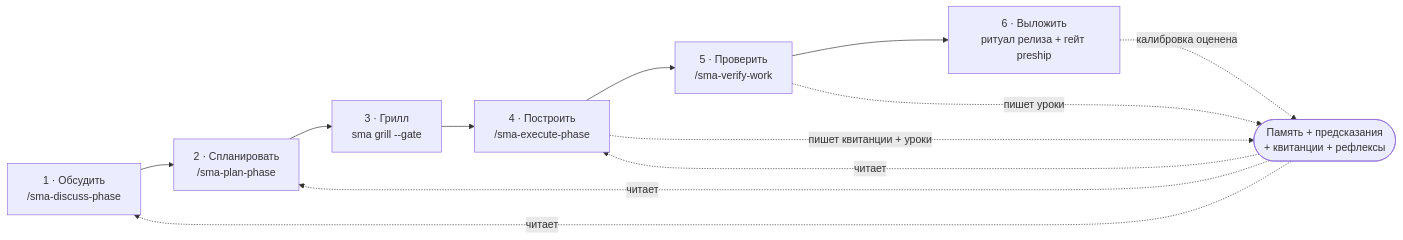
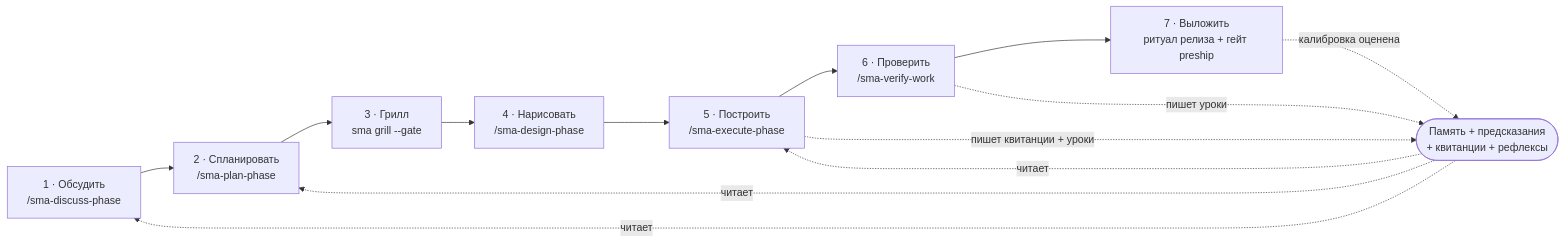
Before and after one commit to sma-framework/sma: diagram 21 of 24 in docs/DETAILS.ru.md, drawn with Mermaid. The commit also changed other lines of this file and 4 other files, not shown here.

````diff
--- a/docs/DETAILS.ru.md
+++ b/docs/DETAILS.ru.md
@@ -1351,14 +1371,15 @@
 ```mermaid
 flowchart LR
     D["1 · Обсудить<br>/sma-discuss-phase"] --> P["2 · Спланировать<br>/sma-plan-phase"]
     P --> G["3 · Грилл<br>sma grill --gate"]
-    G --> B["4 · Построить<br>/sma-execute-phase"]
-    B --> V["5 · Проверить<br>/sma-verify-work"]
-    V --> S["6 · Выложить<br>ритуал релиза + гейт preship"]
+    G --> DS["4 · Нарисовать<br>/sma-design-phase"]
+    DS --> B["5 · Построить<br>/sma-execute-phase"]
+    B --> V["6 · Проверить<br>/sma-verify-work"]
+    V --> S["7 · Выложить<br>ритуал релиза + гейт preship"]
     M(["Память + предсказания<br>+ квитанции + рефлексы"]) -.->|читает| D
     M -.->|читает| P
     M -.->|читает| B
     B -.->|пишет квитанции + уроки| M
     V -.->|пишет уроки| M
     S -.->|калибровка оценена| M
 ```
````
